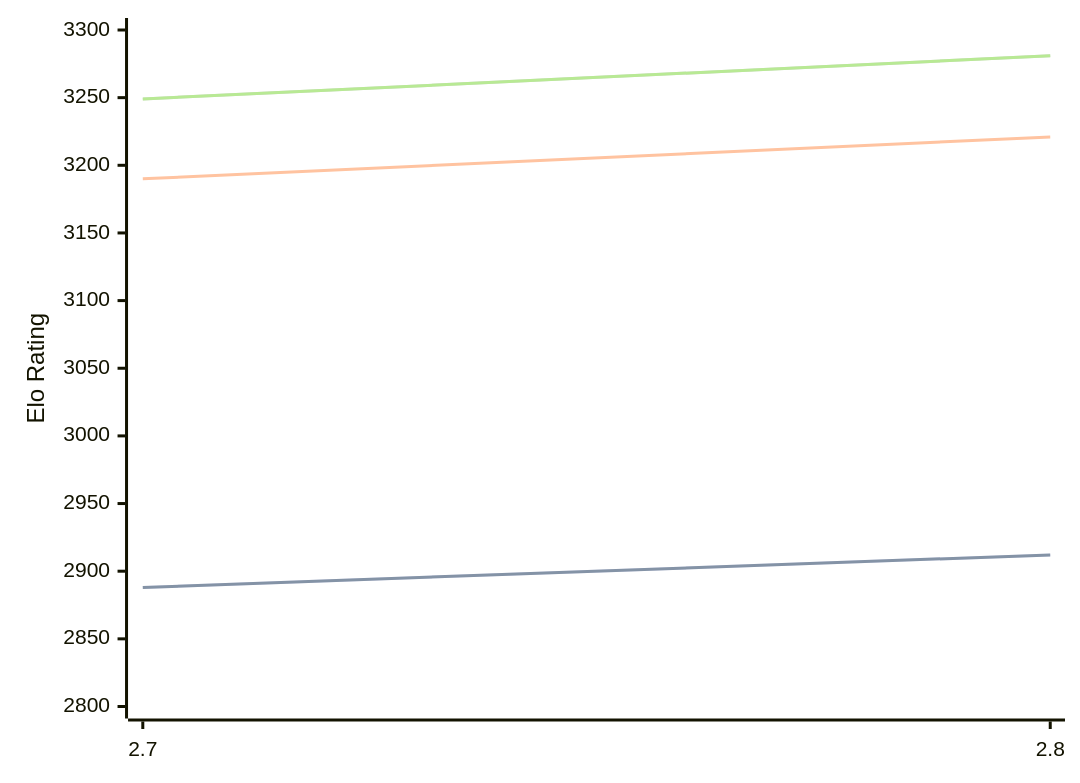
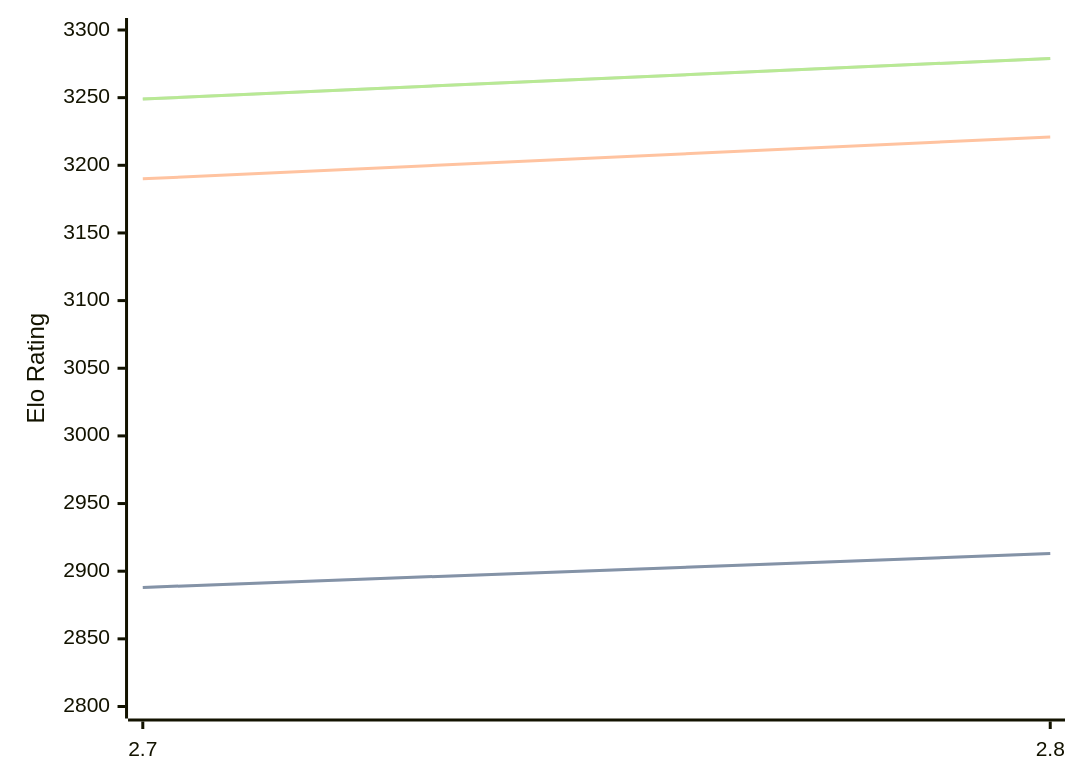
Before and after one commit to computer-chess-index/cci: the first of 3 diagrams in engines/Arcanum.md, drawn with Mermaid. The commit also changed other lines of this file, not shown here.

Commit message:
Update CCI Ratings (ELO VLTC) - 2026-07-07

````diff
--- a/engines/Arcanum.md
+++ b/engines/Arcanum.md
@@ -44,11 +44,11 @@
 ```mermaid
 %%{init: {"theme":"base","themeVariables":{"seriesColors:['#a3a3a3','#222221','#faa371']}}}%%
 xychart-beta
   x-axis ["2.7", "2.8"]
   y-axis "Elo Rating" 2800 --> 3300
-  line "STC (8.0+0.08s)" [2888, 2912]
-  line "STC (8.0+0.08s)" [2888, 2912]
+  line "STC (8.0+0.08s)" [2888, 2913]
+  line "STC (8.0+0.08s)" [2888, 2913]
   line "LTC (60.0+0.60s)" [3190, 3221]
-  line "VLTC (2m24s+1.12s)" [3249, 3281]
-  line "VLTC (2m24s+1.12s)" [3249, 3281]
+  line "VLTC (2m24s+1.12s)" [3249, 3279]
+  line "VLTC (2m24s+1.12s)" [3249, 3279]
 ```
````
